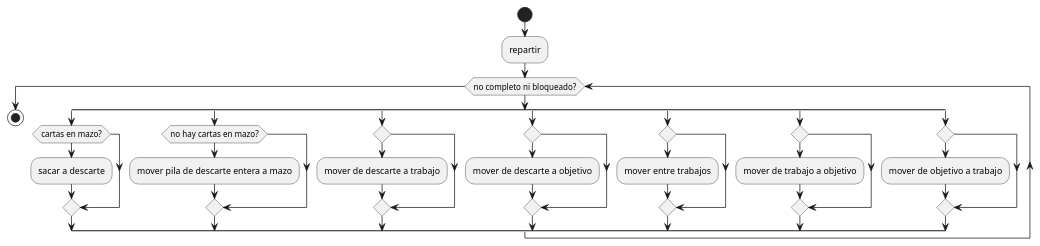
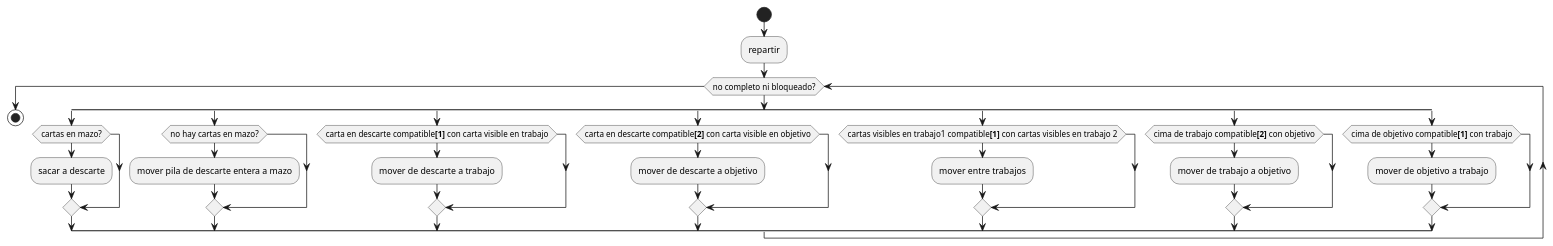
The diagram in uml/domain-model/game-activity.puml (hombrenieve/klondike_rup), drawn with PlantUML before and after one commit. The commit also changed 2 other files, not shown here.

Commit message:
Finish game activity diagram

```diff
--- a/uml/domain-model/game-activity.puml
+++ b/uml/domain-model/game-activity.puml
@@ -1,38 +1,38 @@
 @startuml
 ' TODO: Rellenar las condiciones
 start
 :repartir;
 while (no completo ni bloqueado?)
 	split
 	if (cartas en mazo?) then
 		:sacar a descarte;
 	endif
 	split again
 	if (no hay cartas en mazo?) then
 		:mover pila de descarte entera a mazo;
 	endif
 	split again
-	if () then
+	if (carta en descarte compatible**[1]** con carta visible en trabajo) then
 		:mover de descarte a trabajo;
 	endif
 	split again
-	if () then
+	if (carta en descarte compatible**[2]** con carta visible en objetivo) then
 		:mover de descarte a objetivo;
 	endif
 	split again
-	if ()
+	if (cartas visibles en trabajo1 compatible**[1]** con cartas visibles en trabajo 2) then
 		:mover entre trabajos;
 	endif
 	split again
-	if () then
+	if (cima de trabajo compatible**[2]** con objetivo) then
 		:mover de trabajo a objetivo;
 	endif
 	split again
-	if ()
+	if (cima de objetivo compatible**[1]** con trabajo) then
 		:mover de objetivo a trabajo;
 	endif
 	endsplit
 endwhile
 stop
 	
 @enduml
```
